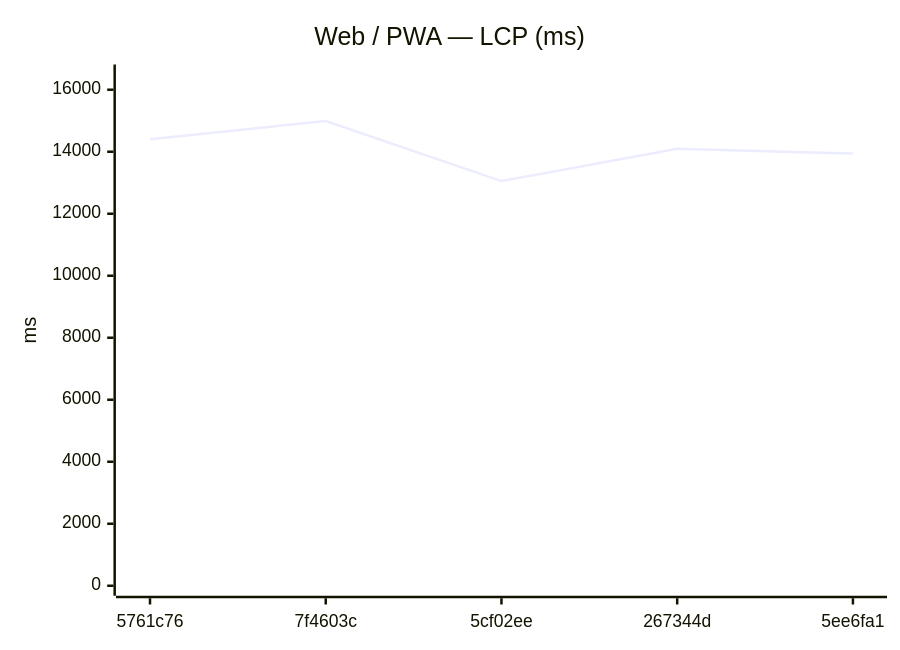
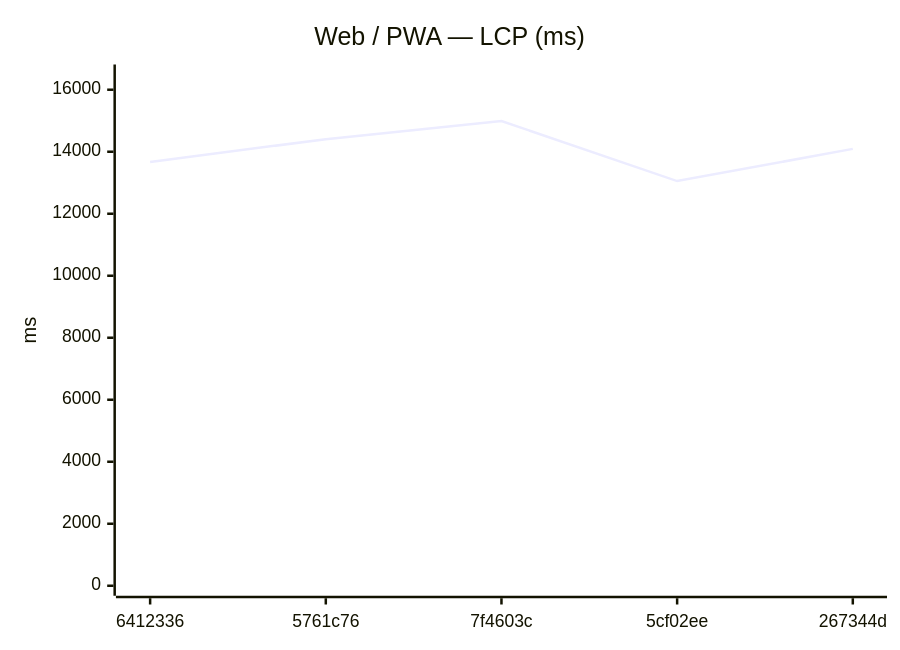
One commit to Metaheurist/Rianell changed the seventh of 18 diagrams in benchmarks/compare.md. Above: the diagram before and after it, drawn with Mermaid. The commit also changed other lines of this file and 11 other files, not shown here.

````diff
--- a/benchmarks/compare.md
+++ b/benchmarks/compare.md
@@ -117,7 +117,7 @@
 ```mermaid
 xychart-beta
     title "Web / PWA — LCP (ms)"
-    x-axis ["5761c76", "7f4603c", "5cf02ee", "267344d", "5ee6fa1"]
+    x-axis ["6412336", "5761c76", "7f4603c", "5cf02ee", "267344d"]
     y-axis "ms" 0 --> 16491
-    line [14406, 14991, 13053, 14092, 13942]
+    line [13670, 14406, 14991, 13053, 14092]
 ```
````
